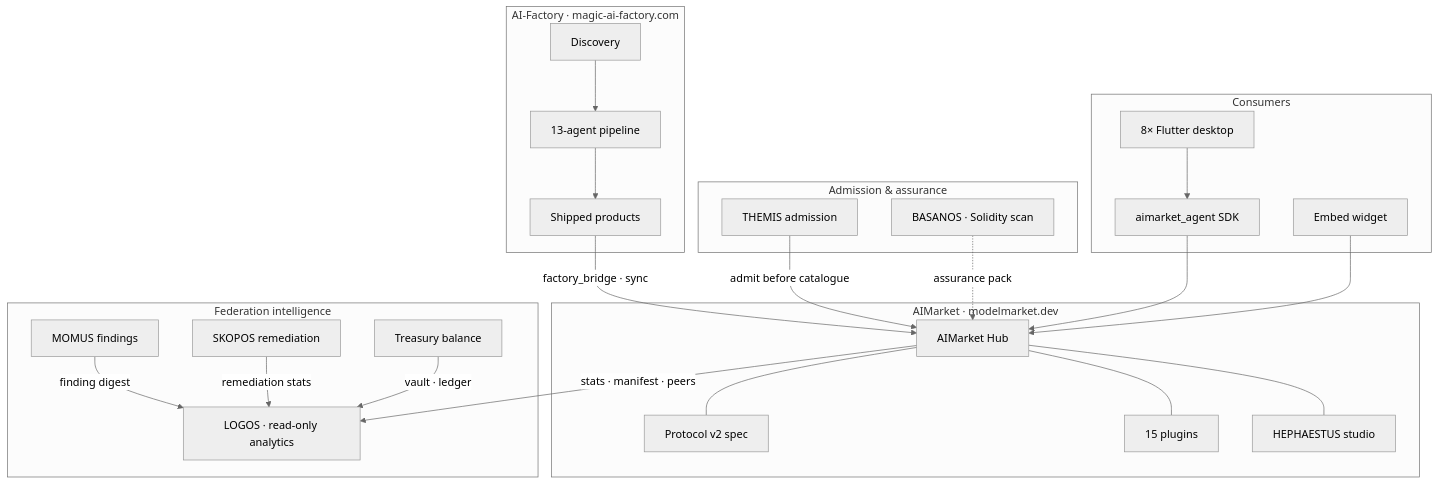
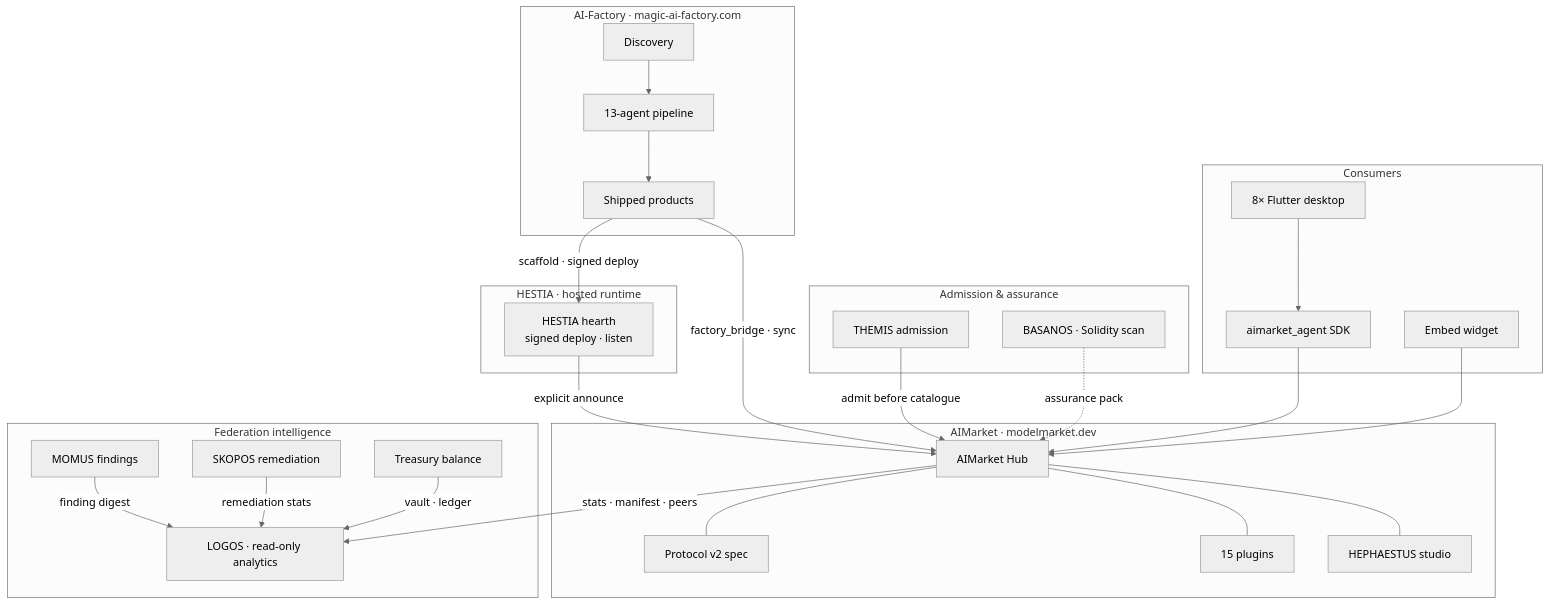
One commit to alexar76/aicom changed the third of 3 diagrams in README.md. Above: the diagram before and after it, drawn with Mermaid (neutral theme). The commit also changed other lines of this file and 28 other files, not shown here.

````diff
--- a/README.md
+++ b/README.md
@@ -724,47 +724,53 @@
 ```mermaid
 flowchart TB
   subgraph factory["AI-Factory · magic-ai-factory.com"]
     DISC["Discovery"]
     PIPE["13-agent pipeline"]
     SHIP["Shipped products"]
     DISC --> PIPE --> SHIP
   end
 
   subgraph aimarket["AIMarket · modelmarket.dev"]
     HUB["AIMarket Hub"]
     PROT["Protocol v2 spec"]
     PLG["15 plugins"]
     HEPHA["HEPHAESTUS studio"]
     HUB --- PLG
     HUB --- PROT
     HUB --- HEPHA
+  end
+
+  subgraph hearth["HESTIA · hosted runtime"]
+    HESTIA["HESTIA hearth<br/>signed deploy · listen"]
   end
 
   subgraph security["Admission & assurance"]
     THEMIS["THEMIS admission"]
     BASANOS["BASANOS · Solidity scan"]
   end
 
   subgraph consume["Consumers"]
     DSK["8× Flutter desktop"]
     WGT["Embed widget"]
     SDK["aimarket_agent SDK"]
   end
 
   subgraph intelligence["Federation intelligence"]
     LOGOS["LOGOS · read-only analytics"]
     MOMUS["MOMUS findings"]
     SKOPOS["SKOPOS remediation"]
     TREASURY["Treasury balance"]
   end
 
+  SHIP -->|"scaffold · signed deploy"| HESTIA
+  HESTIA -->|"explicit announce"| HUB
   SHIP -->|"factory_bridge · sync"| HUB
   THEMIS -->|"admit before catalogue"| HUB
   BASANOS -.->|"assurance pack"| HUB
   DSK --> SDK --> HUB
   WGT --> HUB
   HUB -->|"stats · manifest · peers"| LOGOS
   MOMUS -->|"finding digest"| LOGOS
   SKOPOS -->|"remediation stats"| LOGOS
   TREASURY -->|"vault · ledger"| LOGOS
 ```
````
